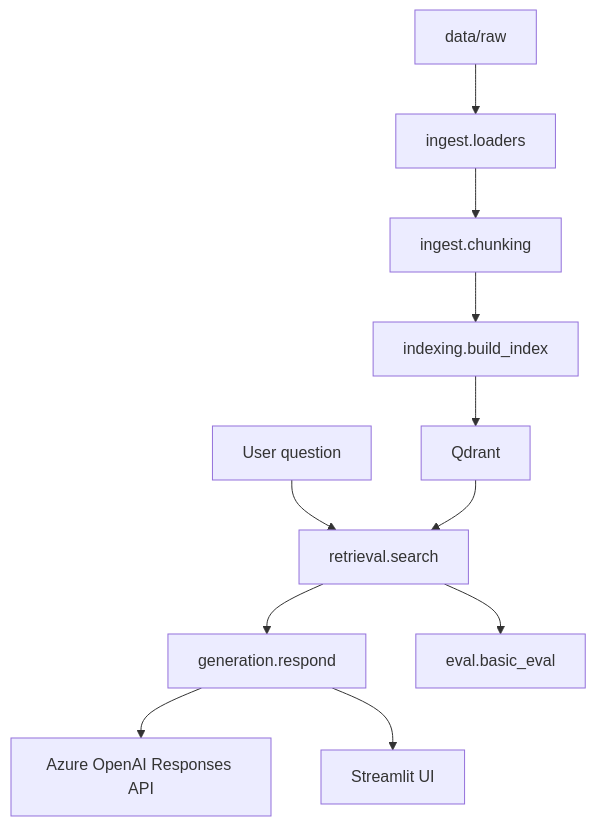
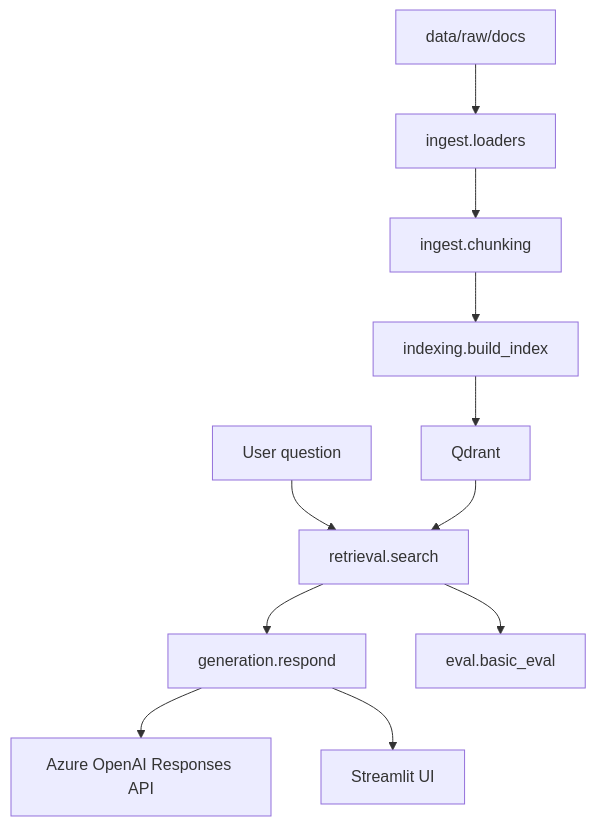
Before and after one commit to sagar-garg/my-rag-project: the diagram in README.md, drawn with Mermaid. The commit also changed other lines of this file and 14 other files, not shown here.

````diff
--- a/README.md
+++ b/README.md
@@ -45,13 +46,13 @@
 ```mermaid
 flowchart TD
-    rawDocs["data/raw"] --> loaders["ingest.loaders"]
+    rawDocs["data/raw/docs"] --> loaders["ingest.loaders"]
     loaders --> chunking["ingest.chunking"]
     chunking --> indexing["indexing.build_index"]
     indexing --> qdrant["Qdrant"]
     question["User question"] --> retrieval["retrieval.search"]
     qdrant --> retrieval
     retrieval --> generation["generation.respond"]
     generation --> azure["Azure OpenAI Responses API"]
     generation --> ui["Streamlit UI"]
     retrieval --> eval["eval.basic_eval"]
 ```
````
